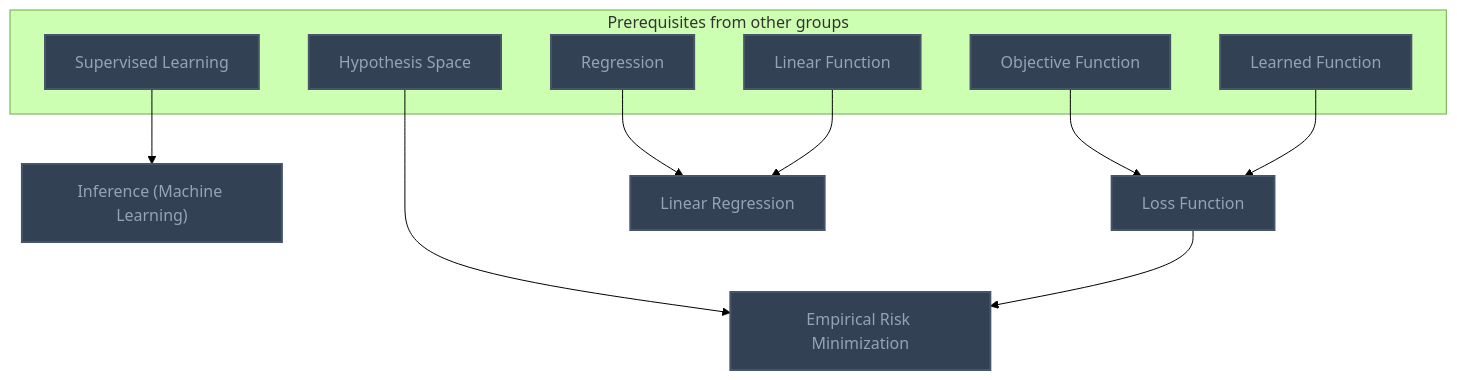
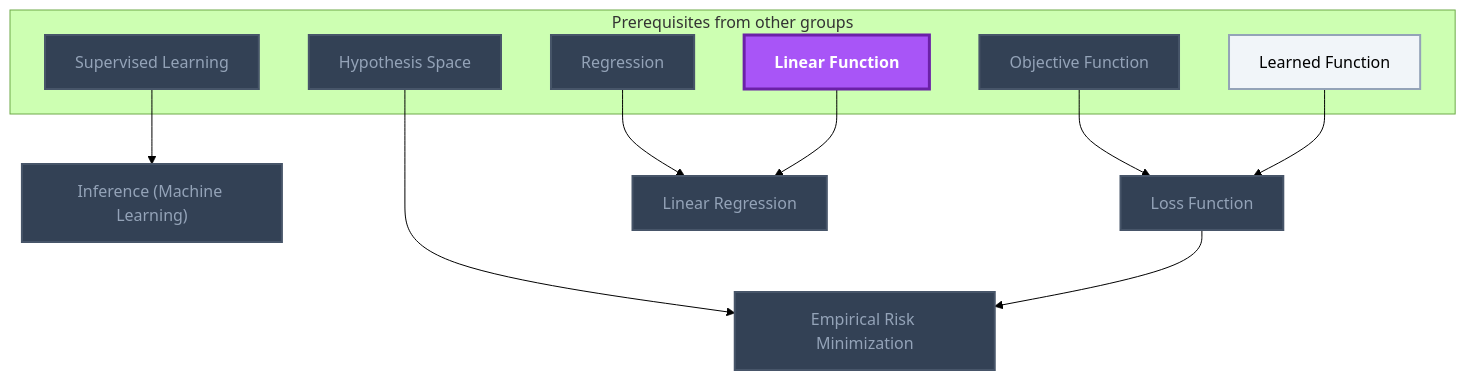
The second of 21 diagrams in Gamification/Skill Trees/Deep Learning.md (MRauf1/My-Notes), drawn with Mermaid (forest theme) before and after one commit. The commit also changed other lines of this file and 156 other files, not shown here.

````diff
--- a/Gamification/Skill Trees/Deep Learning.md
+++ b/Gamification/Skill Trees/Deep Learning.md
@@ -85,33 +86,35 @@
 ```mermaid
 flowchart TD
     classDef planned fill:#1E293B,stroke:#64748B,stroke-width:2px,stroke-dasharray:5 5,color:#94A3B8;
     classDef locked fill:#334155,stroke:#475569,stroke-width:2px,color:#94A3B8;
     classDef L0 fill:#F1F5F9,stroke:#94A3B8,stroke-width:2px,color:#000000;
     classDef L1 fill:#22C55E,stroke:#15803D,stroke-width:2px,color:#000000;
     classDef L2 fill:#3B82F6,stroke:#1D4ED8,stroke-width:3px,color:#FFFFFF;
     classDef L3 fill:#A855F7,stroke:#6B21A8,stroke-width:3px,color:#FFFFFF,font-weight:bold;
     classDef L4 fill:#F97316,stroke:#C2410C,stroke-width:4px,color:#000000,font-weight:bold;
     classDef L5 fill:#FFD700,stroke:#FF8C00,stroke-width:5px,color:#000000,font-weight:bold;
     classDef rusty stroke:#8B4513,stroke-width:4px,stroke-dasharray:3 3;
     subgraph sg_prereqs["Prerequisites from other groups"]
         n_supervised_learning["Supervised Learning"]
         n_objective_function["Objective Function"]
         n_learned_function["Learned Function"]
         n_hypothesis_space["Hypothesis Space"]
         n_regression["Regression"]
         n_linear_function["Linear Function"]
     end
     n_inference_machine_learning["Inference (Machine Learning)"]
     n_loss_function["Loss Function"]
     n_empirical_risk_minimization["Empirical Risk Minimization"]
     n_linear_regression["Linear Regression"]
     n_supervised_learning --> n_inference_machine_learning
     n_objective_function --> n_loss_function
     n_learned_function --> n_loss_function
     n_hypothesis_space --> n_empirical_risk_minimization
     n_loss_function --> n_empirical_risk_minimization
     n_regression --> n_linear_regression
     n_linear_function --> n_linear_regression
-    class n_supervised_learning,n_objective_function,n_learned_function,n_hypothesis_space,n_regression,n_linear_function,n_inference_machine_learning,n_loss_function,n_empirical_risk_minimization,n_linear_regression locked;
+    class n_supervised_learning,n_objective_function,n_hypothesis_space,n_regression,n_inference_machine_learning,n_loss_function,n_empirical_risk_minimization,n_linear_regression locked;
+    class n_learned_function L0;
+    class n_linear_function L3;
     class n_supervised_learning,n_objective_function,n_learned_function,n_hypothesis_space,n_regression,n_linear_function,n_inference_machine_learning,n_loss_function,n_empirical_risk_minimization,n_linear_regression internal-link;
 ```
````
